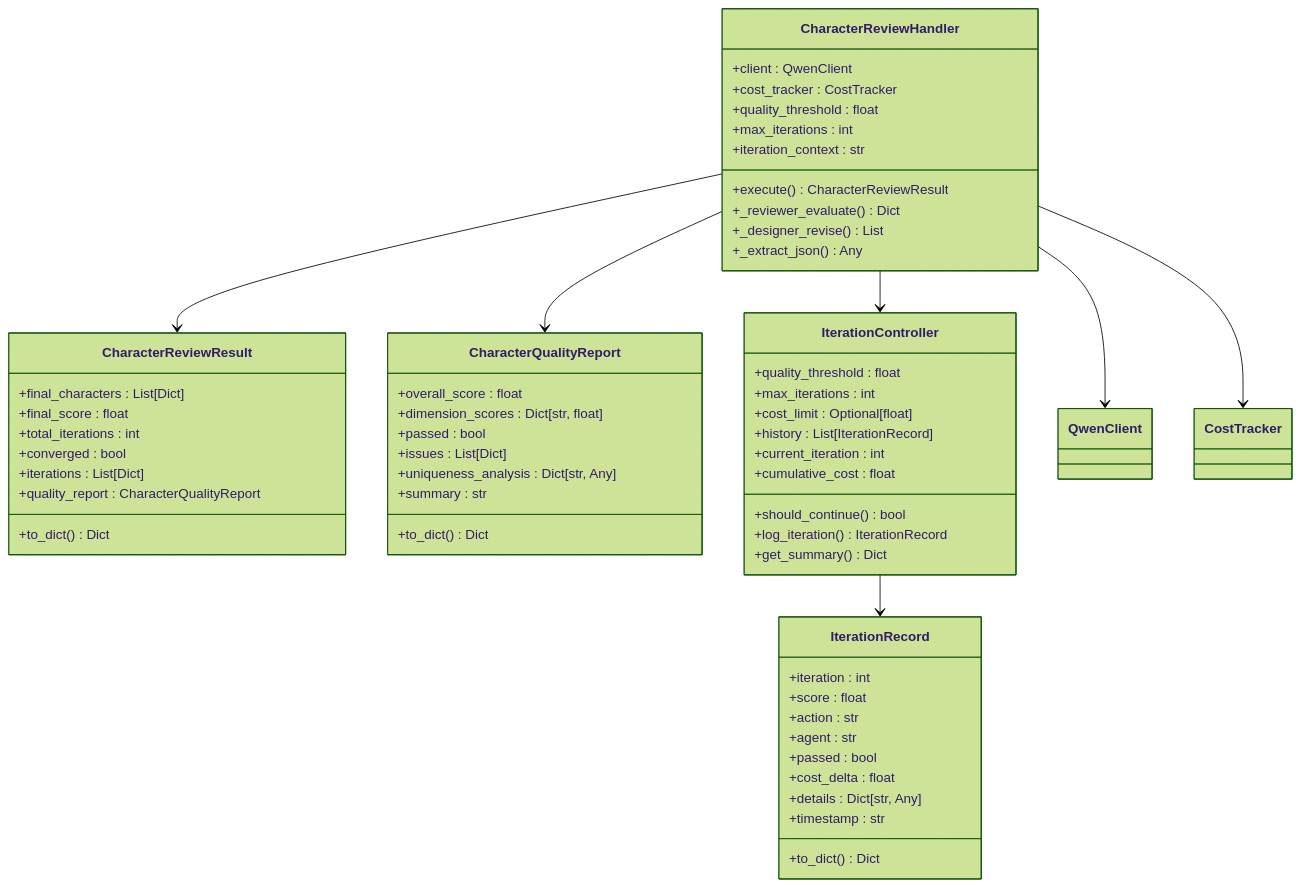
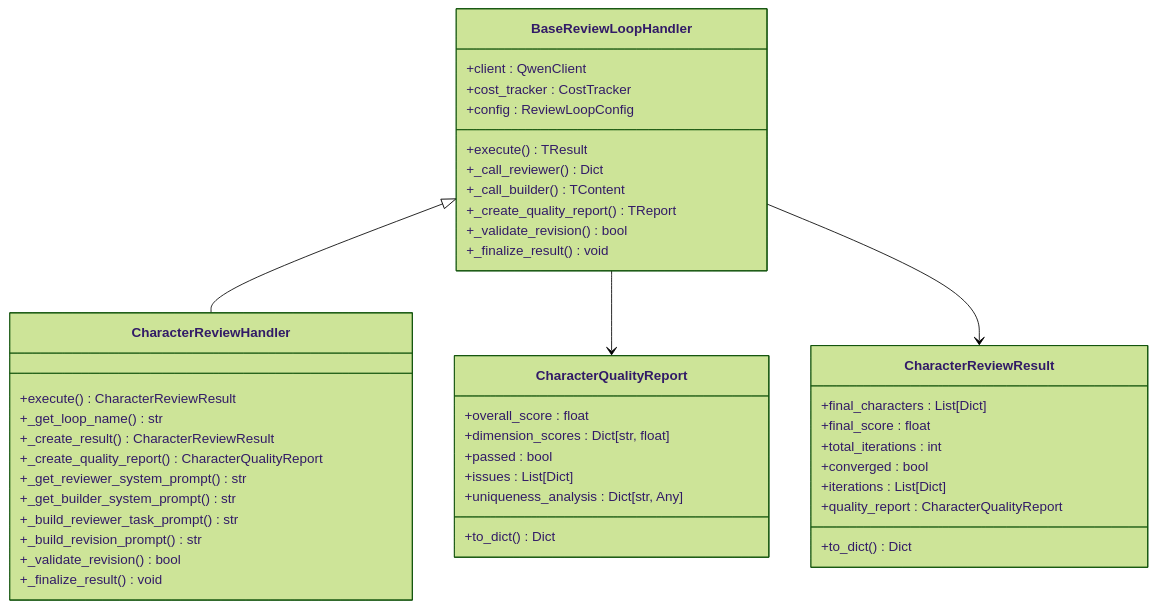
Before and after one commit to xfbyxq/ai-novel-system: the second of 9 diagrams in .qoder/repowiki/zh/content/AI智能体系统/角色审查处理器.md, drawn with Mermaid (forest theme). The commit also changed other lines of this file and 84 other files, not shown here.

````diff
--- a/.qoder/repowiki/zh/content/AI智能体系统/角色审查处理器.md
+++ b/.qoder/repowiki/zh/content/AI智能体系统/角色审查处理器.md
@@ -106,60 +102,46 @@
 ```mermaid
 classDiagram
-class CharacterReviewHandler {
+class BaseReviewLoopHandler {
 +client : QwenClient
 +cost_tracker : CostTracker
-+quality_threshold : float
-+max_iterations : int
++config : ReviewLoopConfig
++execute() TResult
++_call_reviewer() Dict
++_call_builder() TContent
++_create_quality_report() TReport
++_validate_revision() bool
++_finalize_result() void
+}
+class CharacterReviewHandler {
 +execute() CharacterReviewResult
-+_reviewer_evaluate() Dict
-+_designer_revise() List
-+_extract_json() Any
-+iteration_context : str
++_get_loop_name() str
++_create_result() CharacterReviewResult
++_create_quality_report() CharacterQualityReport
++_get_reviewer_system_prompt() str
++_get_builder_system_prompt() str
++_build_reviewer_task_prompt() str
++_build_revision_prompt() str
++_validate_revision() bool
++_finalize_result() void
+}
+class CharacterQualityReport {
++overall_score : float
++dimension_scores : Dict[str, float]
++passed : bool
++issues : List[Dict]
++uniqueness_analysis : Dict[str, Any]
++to_dict() Dict
 }
 class CharacterReviewResult {
 +final_characters : List[Dict]
 +final_score : float
 +total_iterations : int
 +converged : bool
 +iterations : List[Dict]
 +quality_report : CharacterQualityReport
 +to_dict() Dict
 }
-class CharacterQualityReport {
-+overall_score : float
-+dimension_scores : Dict[str, float]
-+passed : bool
-+issues : List[Dict]
-+uniqueness_analysis : Dict[str, Any]
-+summary : str
-+to_dict() Dict
-}
-class IterationController {
-+quality_threshold : float
-+max_iterations : int
-+cost_limit : Optional[float]
-+history : List[IterationRecord]
-+current_iteration : int
-+cumulative_cost : float
-+should_continue() bool
-+log_iteration() IterationRecord
-+get_summary() Dict
-}
-class IterationRecord {
-+iteration : int
-+score : float
-+action : str
-+agent : str
-+passed : bool
-+cost_delta : float
-+details : Dict[str, Any]
-+timestamp : str
-+to_dict() Dict
-}
-CharacterReviewHandler --> CharacterReviewResult
-CharacterReviewHandler --> CharacterQualityReport
-CharacterReviewHandler --> QwenClient
-CharacterReviewHandler --> CostTracker
-CharacterReviewHandler --> IterationController
-IterationController --> IterationRecord
+BaseReviewLoopHandler <|-- CharacterReviewHandler
+BaseReviewLoopHandler --> CharacterQualityReport
+BaseReviewLoopHandler --> CharacterReviewResult
 ```
````
